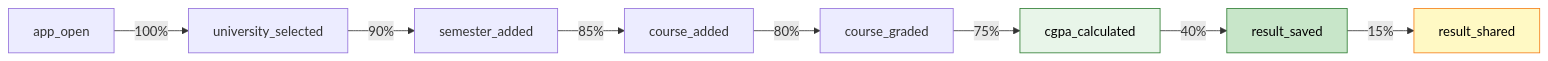
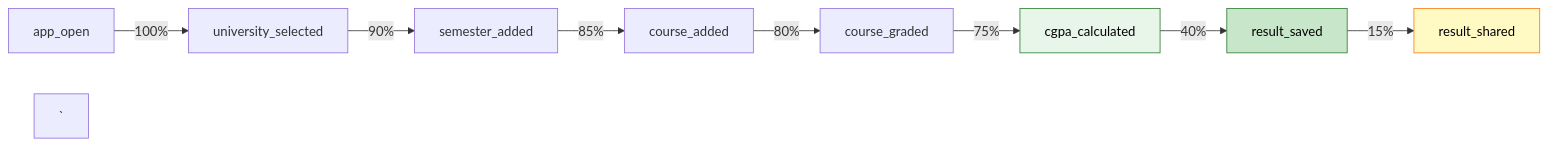
One commit to Savior-Systems/Savior-Systems-Android-Projects changed the diagram in 02. BD Varsity CGPA Pro/12.LOGGING-ANALYTICS.md. Above: the diagram before and after it, drawn with Mermaid. The commit also changed other lines of this file and 450 other files, not shown here.

````diff
--- a/02. BD Varsity CGPA Pro/12.LOGGING-ANALYTICS.md
+++ b/02. BD Varsity CGPA Pro/12.LOGGING-ANALYTICS.md
@@ -99,14 +99,14 @@
 ```mermaid
 graph LR
     A["app_open"] -->|100%| B["university_selected"]
     B -->|90%| C["semester_added"]
     C -->|85%| D["course_added"]
     D -->|80%| E["course_graded"]
     E -->|75%| F["cgpa_calculated"]
     F -->|40%| G["result_saved"]
     G -->|15%| H["result_shared"]
-
+`
     style F fill:#E8F5E9,stroke:#2E7D32,color:#000
     style G fill:#C8E6C9,stroke:#2E7D32,color:#000
     style H fill:#FFF9C4,stroke:#F57F17,color:#000
 ```
````
